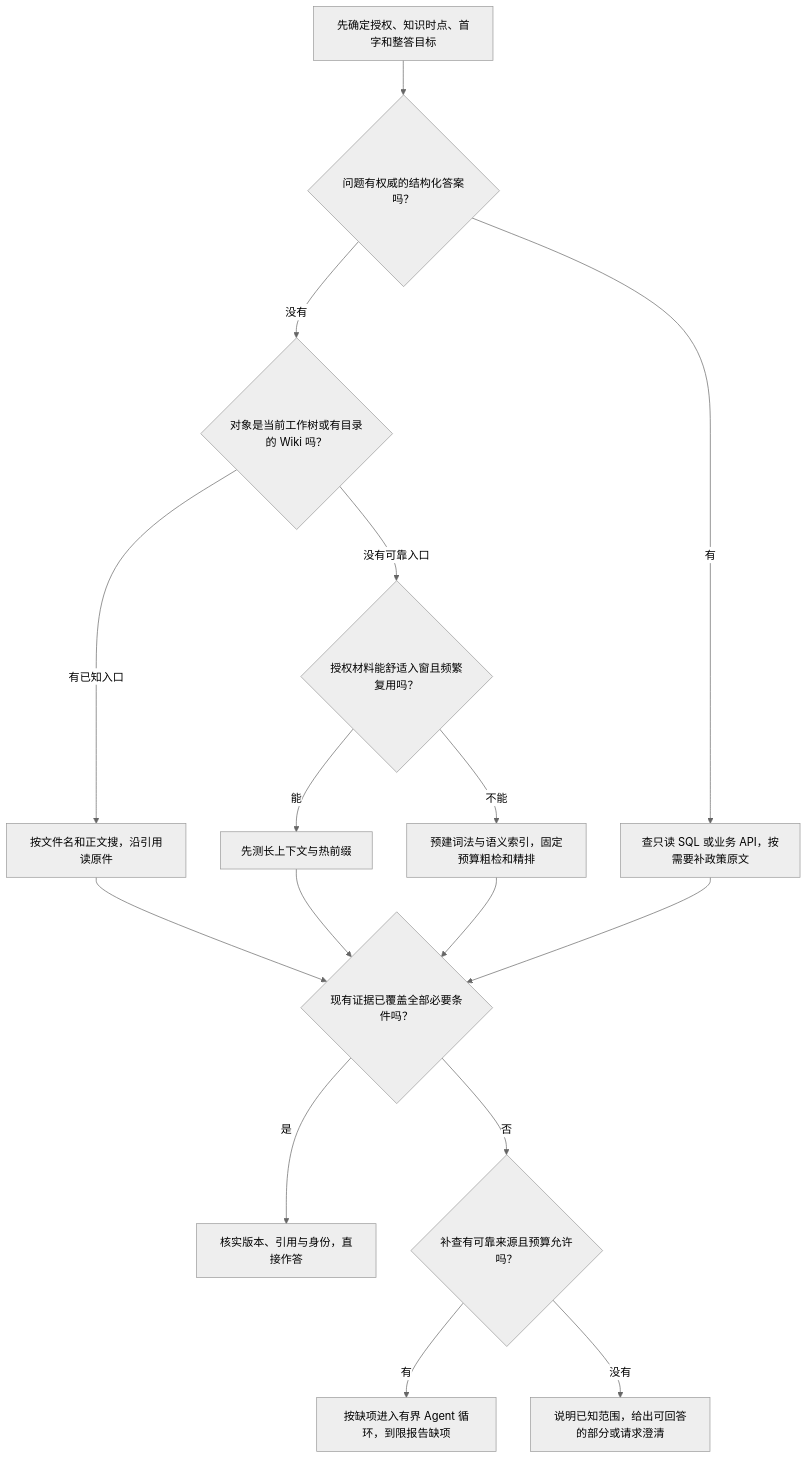
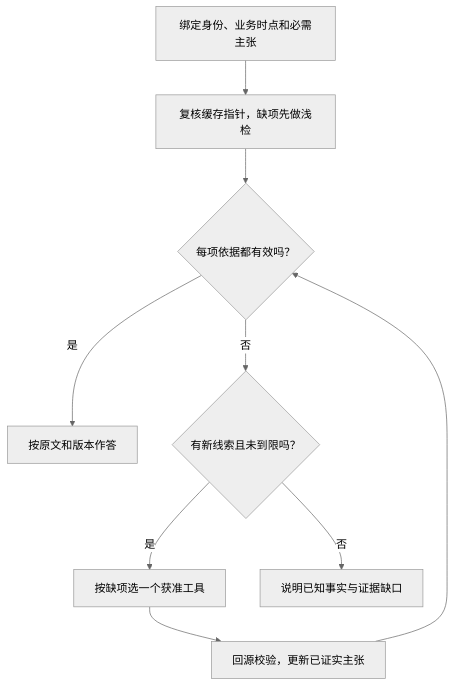
Before and after one commit to echonoshy/agent-engineering-handbook: the second of 2 diagrams in 07-rag-and-modern-retrieval/02-agentic-rag-vs-long-context-vs-filesystem.md, drawn with Mermaid (neutral theme). The commit also changed other lines of this file and 21 other files, not shown here.

````diff
--- a/07-rag-and-modern-retrieval/02-agentic-rag-vs-long-context-vs-filesystem.md
+++ b/07-rag-and-modern-retrieval/02-agentic-rag-vs-long-context-vs-filesystem.md
@@ -252,18 +183,11 @@
 ```mermaid
 flowchart TD
-    A["先确定授权、知识时点、首字和整答目标"] --> B{"问题有权威的结构化答案吗？"}
-    B -->|有| Q["查只读 SQL 或业务 API，按需要补政策原文"]
-    B -->|没有| C{"对象是当前工作树或有目录的 Wiki 吗？"}
-    C -->|有已知入口| F["按文件名和正文搜，沿引用读原件"]
-    C -->|没有可靠入口| D{"授权材料能舒适入窗且频繁复用吗？"}
-    D -->|能| L["先测长上下文与热前缀"]
-    D -->|不能| H["预建词法与语义索引，固定预算粗检和精排"]
-    F --> E{"现有证据已覆盖全部必要条件吗？"}
-    L --> E
-    H --> E
-    Q --> E
-    E -->|是| R["核实版本、引用与身份，直接作答"]
-    E -->|否| T{"补查有可靠来源且预算允许吗？"}
-    T -->|有| P["按缺项进入有界 Agent 循环，到限报告缺项"]
-    T -->|没有| Z["说明已知范围，给出可回答的部分或请求澄清"]
+    A["绑定身份、业务时点和必需主张"] --> B["复核缓存指针，缺项先做浅检"]
+    B --> C{"每项依据都有效吗？"}
+    C -->|是| D["按原文和版本作答"]
+    C -->|否| E{"有新线索且未到限吗？"}
+    E -->|是| F["按缺项选一个获准工具"]
+    F --> G["回源校验，更新已证实主张"]
+    G --> C
+    E -->|否| H["说明已知事实与证据缺口"]
 ```
````
